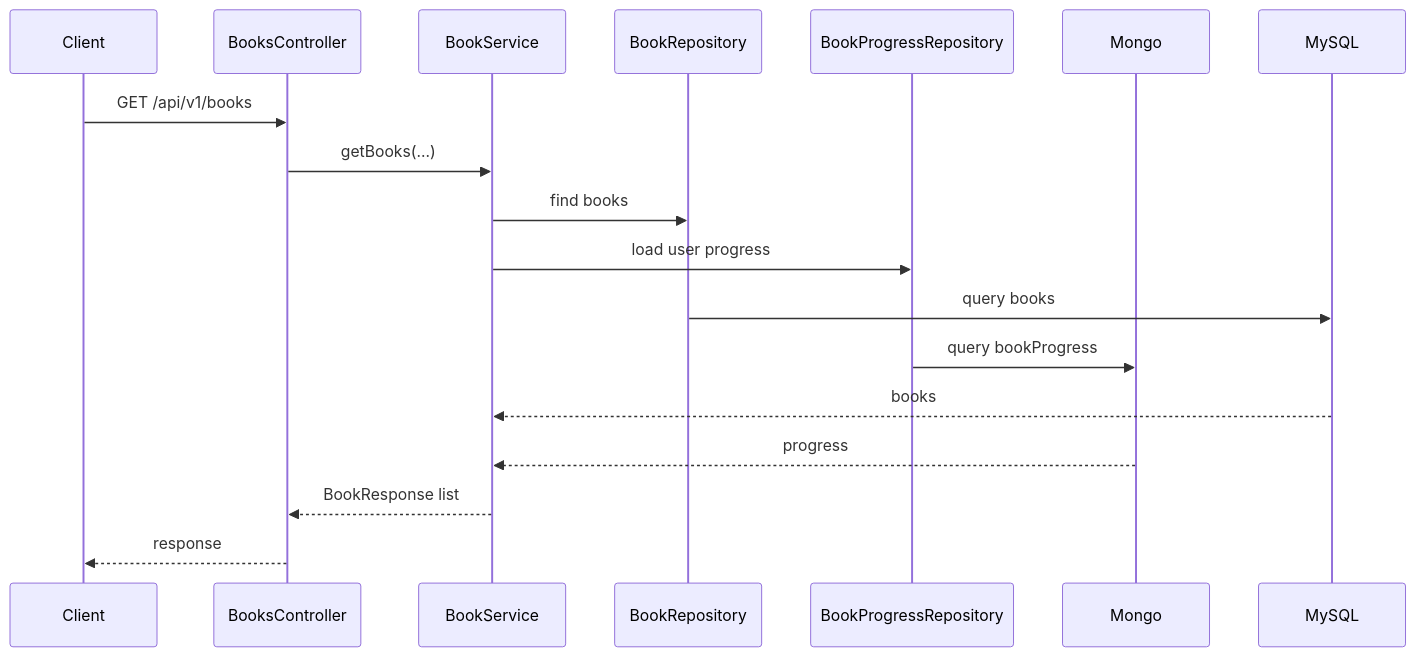
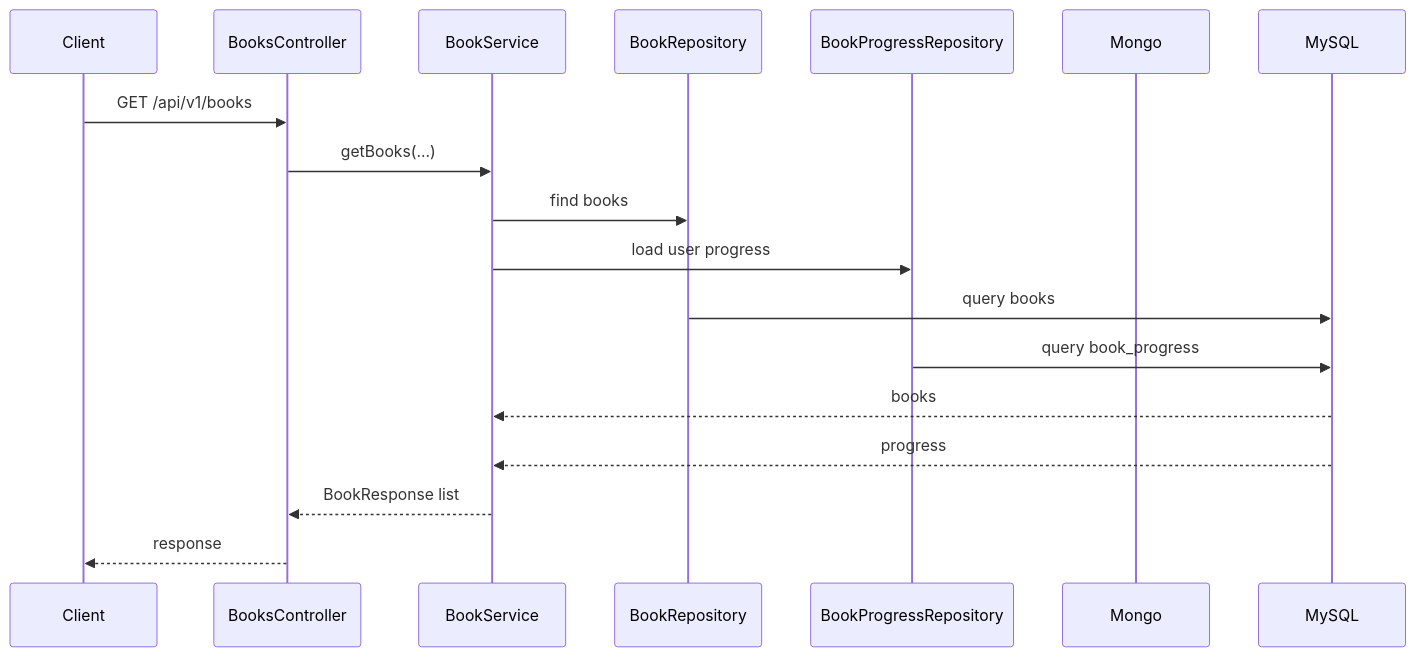
The second of 3 diagrams in docs/architecture/content-book.md (SWM16-ASAP/back-server), drawn with Mermaid before and after one commit. The commit also changed other lines of this file and 33 other files, not shown here.

````diff
--- a/docs/architecture/content-book.md
+++ b/docs/architecture/content-book.md
@@ -82,21 +83,21 @@
 ```mermaid
 sequenceDiagram
     participant Client
     participant BooksController
     participant BookService
     participant BookRepository
     participant BookProgressRepository
     participant Mongo
     participant MySQL
 
     Client->>BooksController: GET /api/v1/books
     BooksController->>BookService: getBooks(...)
     BookService->>BookRepository: find books
     BookService->>BookProgressRepository: load user progress
     BookRepository->>MySQL: query books
-    BookProgressRepository->>Mongo: query bookProgress
+    BookProgressRepository->>MySQL: query book_progress
     MySQL-->>BookService: books
-    Mongo-->>BookService: progress
+    MySQL-->>BookService: progress
     BookService-->>BooksController: BookResponse list
     BooksController-->>Client: response
 ```
````
